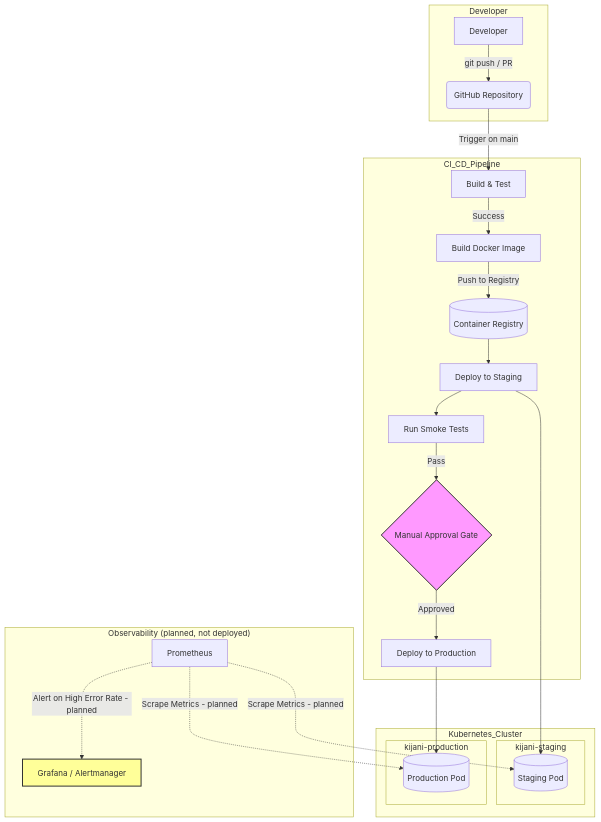
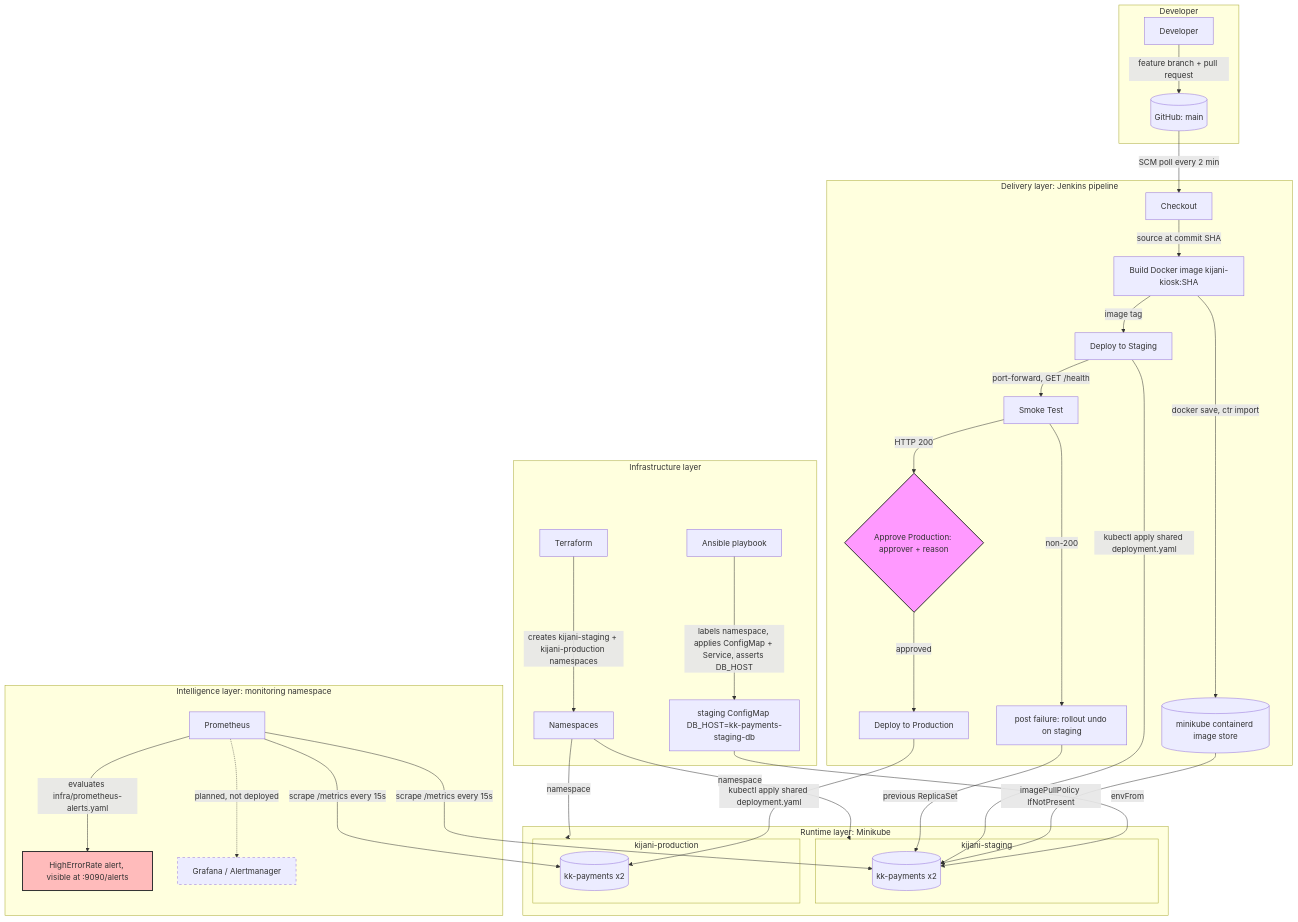
Before and after one commit to ob002/kijani-kiosk-capstone-12: the diagram in README.md, drawn with Mermaid. The commit also changed other lines of this file and 4 other files, not shown here.

First line of the commit message:
docs: update README, scope and test plan for Ansible and Prometheus

````diff
--- a/README.md
+++ b/README.md
@@ -162,30 +183,44 @@
 ```mermaid
 graph TD
-    subgraph Developer
-        A[Developer] -->|git push / PR| B(GitHub Repository)
+    subgraph Dev["Developer"]
+        A[Developer] -->|feature branch + pull request| B[(GitHub: main)]
     end
-    subgraph CI_CD_Pipeline
-        B -->|Trigger on main| C[Build & Test]
-        C -->|Success| D[Build Docker Image]
-        D -->|Push to Registry| E[(Container Registry)]
-        E --> F[Deploy to Staging]
-        F --> G[Run Smoke Tests]
-        G -->|Pass| H{Manual Approval Gate}
-        H -->|Approved| I[Deploy to Production]
+    subgraph Infra["Infrastructure layer"]
+        T[Terraform] -->|creates kijani-staging + kijani-production namespaces| NS[Namespaces]
+        AN[Ansible playbook] -->|labels namespace, applies ConfigMap + Service, asserts DB_HOST| CMS[staging ConfigMap DB_HOST=kk-payments-staging-db]
     end
-    subgraph Kubernetes_Cluster
-        subgraph kijani-staging
-            F --> J[(Staging Pod)]
+    subgraph Jenkins["Delivery layer: Jenkins pipeline"]
+        B -->|SCM poll every 2 min| C[Checkout]
+        C -->|source at commit SHA| D[Build Docker image kijani-kiosk:SHA]
+        D -->|docker save, ctr import| IMG[(minikube containerd image store)]
+        D -->|image tag| F[Deploy to Staging]
+        F -->|port-forward, GET /health| G[Smoke Test]
+        G -->|HTTP 200| H{Approve Production: approver + reason}
+        G -->|non-200| R[post failure: rollout undo on staging]
+        H -->|approved| I[Deploy to Production]
+    end
+    subgraph K8s["Runtime layer: Minikube"]
+        subgraph STG["kijani-staging"]
+            J[(kk-payments x2)]
         end
-        subgraph kijani-production
-            I --> K[(Production Pod)]
+        subgraph PRD["kijani-production"]
+            K[(kk-payments x2)]
         end
     end
-    subgraph Observability_PLANNED["Observability (planned, not deployed)"]
-        L[Prometheus] -.->|Scrape Metrics - planned| J
-        L -.->|Scrape Metrics - planned| K
-        L -.->|Alert on High Error Rate - planned| M[Grafana / Alertmanager]
+    subgraph Obs["Intelligence layer: monitoring namespace"]
+        P[Prometheus] -->|evaluates infra/prometheus-alerts.yaml| AL[HighErrorRate alert, visible at :9090/alerts]
+        P -.->|planned, not deployed| M[Grafana / Alertmanager]
     end
+    NS -->|namespace| STG
+    NS -->|namespace| PRD
+    CMS -->|envFrom| J
+    IMG -->|imagePullPolicy IfNotPresent| J
+    F -->|kubectl apply shared deployment.yaml| J
+    I -->|kubectl apply shared deployment.yaml| K
+    R -->|previous ReplicaSet| J
+    P -->|scrape /metrics every 15s| J
+    P -->|scrape /metrics every 15s| K
     style H fill:#f9f,stroke:#333,stroke-width:2px
-    style M fill:#ff9,stroke:#333,stroke-width:2px
+    style AL fill:#fbb,stroke:#333,stroke-width:2px
+    style M stroke-dasharray: 5 5
 ```
````
